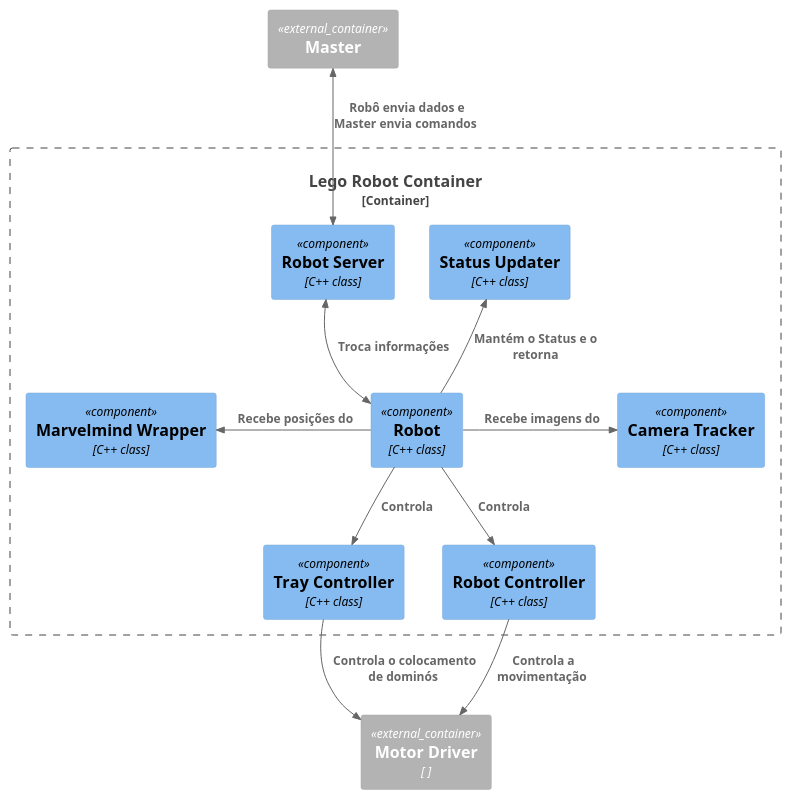
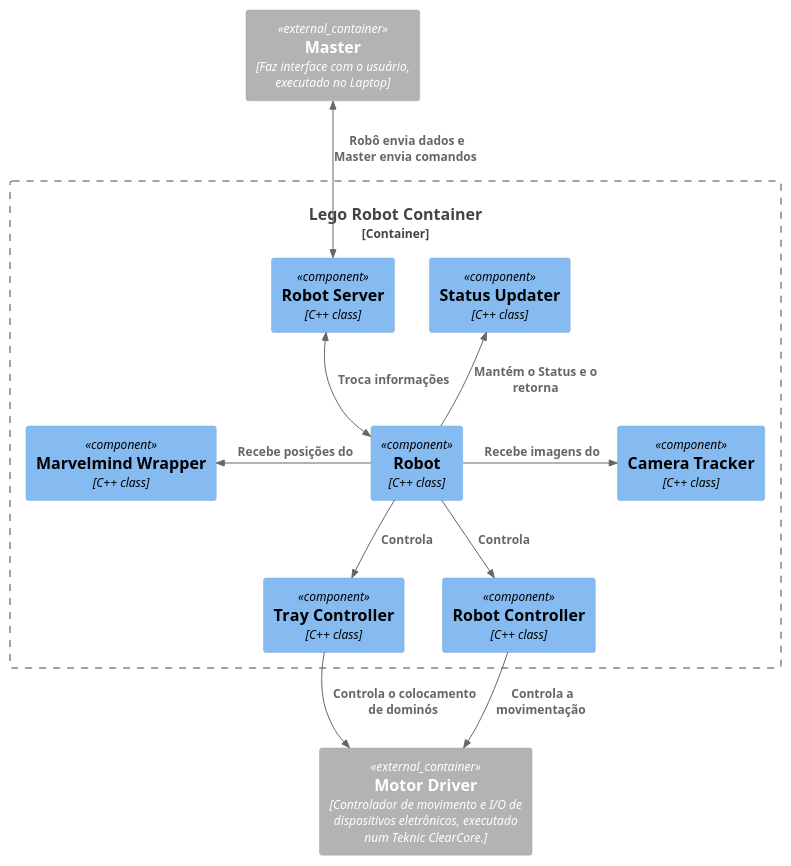
Before and after one commit to Populim/swarchitecure: the diagram in component.puml, drawn with PlantUML. The commit also changed 3 other files, not shown here.

```diff
--- a/component.puml
+++ b/component.puml
@@ -1,48 +1,48 @@
 @startuml C4_Elements
 !include https://raw.githubusercontent.com/plantuml-stdlib/C4-PlantUML/master/C4_Component.puml
 !include https://raw.githubusercontent.com/plantuml-stdlib/C4-PlantUML/master/C4_Container.puml
 
-Container_Ext(master1,"Master")
-Container_Ext(motordriver1,"Motor Driver", " ")
+Container_Ext(master1,"Master","Faz interface com o usuário, executado no Laptop")
+Container_Ext(motordriver1,"Motor Driver","Controlador de movimento e I/O de dispositivos eletrônicos, executado num Teknic ClearCore.")
 
 
 Container_Boundary(robot_context,"Lego Robot Container"){
     Component(statusUpdater,"Status Updater","C++ class")
     Component(robot,"Robot","C++ class")
     Component(robotServer,"Robot Server","C++ class")
     Component(trayController,"Tray Controller","C++ class")
     Component(marvelmindWrapper,"Marvelmind Wrapper","C++ class")
     Component(cameraTracker,"Camera Tracker","C++ class")
     Component(robotController,"Robot Controller","C++ class")
 
     Rel(robot,trayController," Controla ", )
 
     Rel(robot,robotController," Controla ")
 
     Rel_U(robot,statusUpdater,"Mantém o Status e o retorna ")
 
     Rel_R(robot,cameraTracker," Recebe imagens do  ")
 
     Rel_L(robot,marvelmindWrapper," Recebe posições do ")
 
 
 }
 
 
 
 BiRel(master1,robotServer," Robô envia dados e Master envia comandos ")
 
 
 BiRel(robotServer,robot," Troca informações")
 
 
 Rel(robotController,motordriver1," Controla a movimentação")
 
 
 Rel(trayController,motordriver1," Controla o colocamento de dominós")
 
 
 
 
 
 @enduml
```
